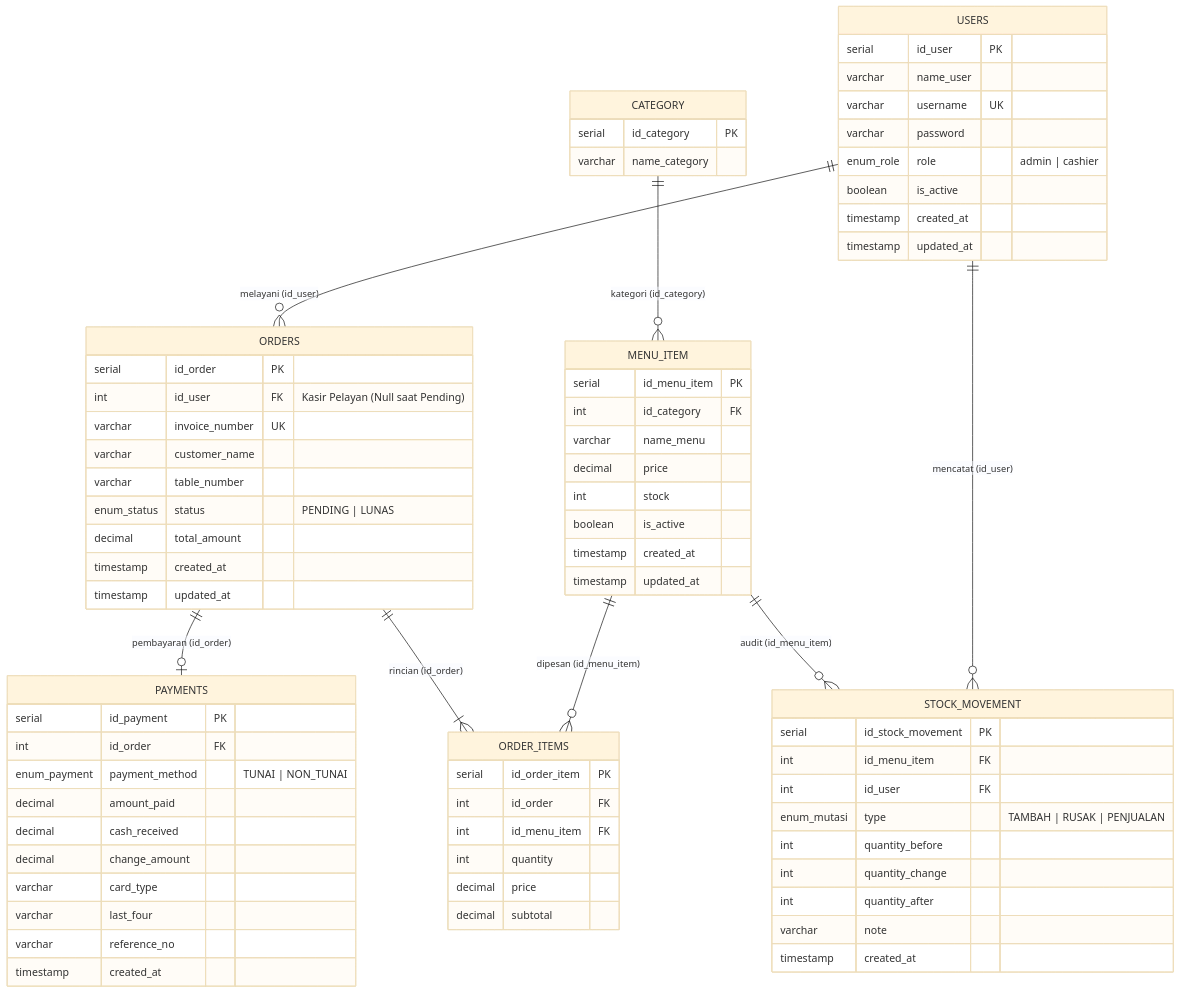
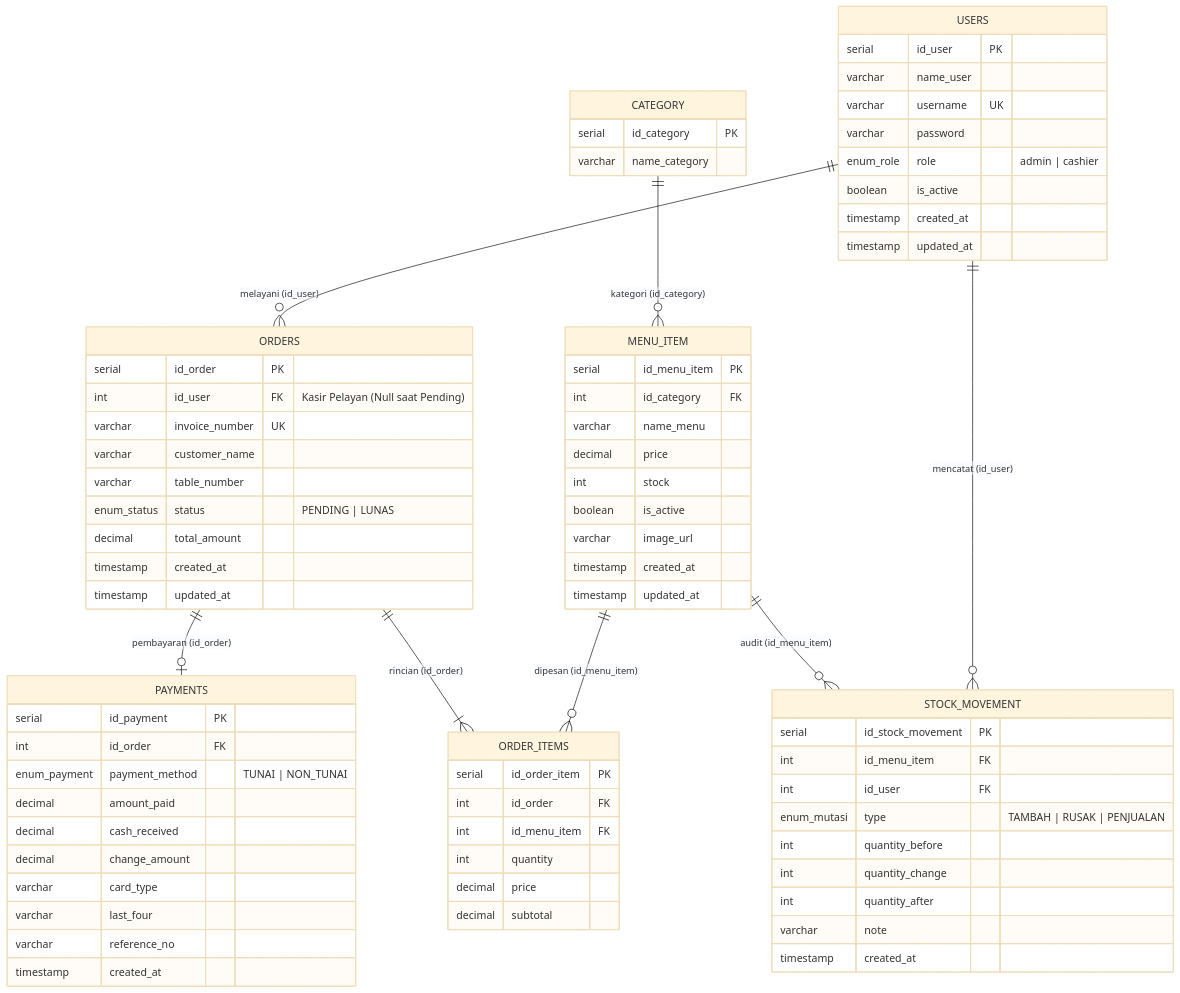
The third of 3 diagrams in RANGKUMAN_PROJEK.md (Fadhil04/dapur-ina-aina), drawn with Mermaid (base theme) before and after one commit. The commit also changed other lines of this file and 1 other file, not shown here.

```diff
--- a/RANGKUMAN_PROJEK.md
+++ b/RANGKUMAN_PROJEK.md
@@ -472,6 +297,7 @@
         decimal price
         int stock
         boolean is_active
+        varchar image_url
         timestamp created_at
         timestamp updated_at
     }
```
